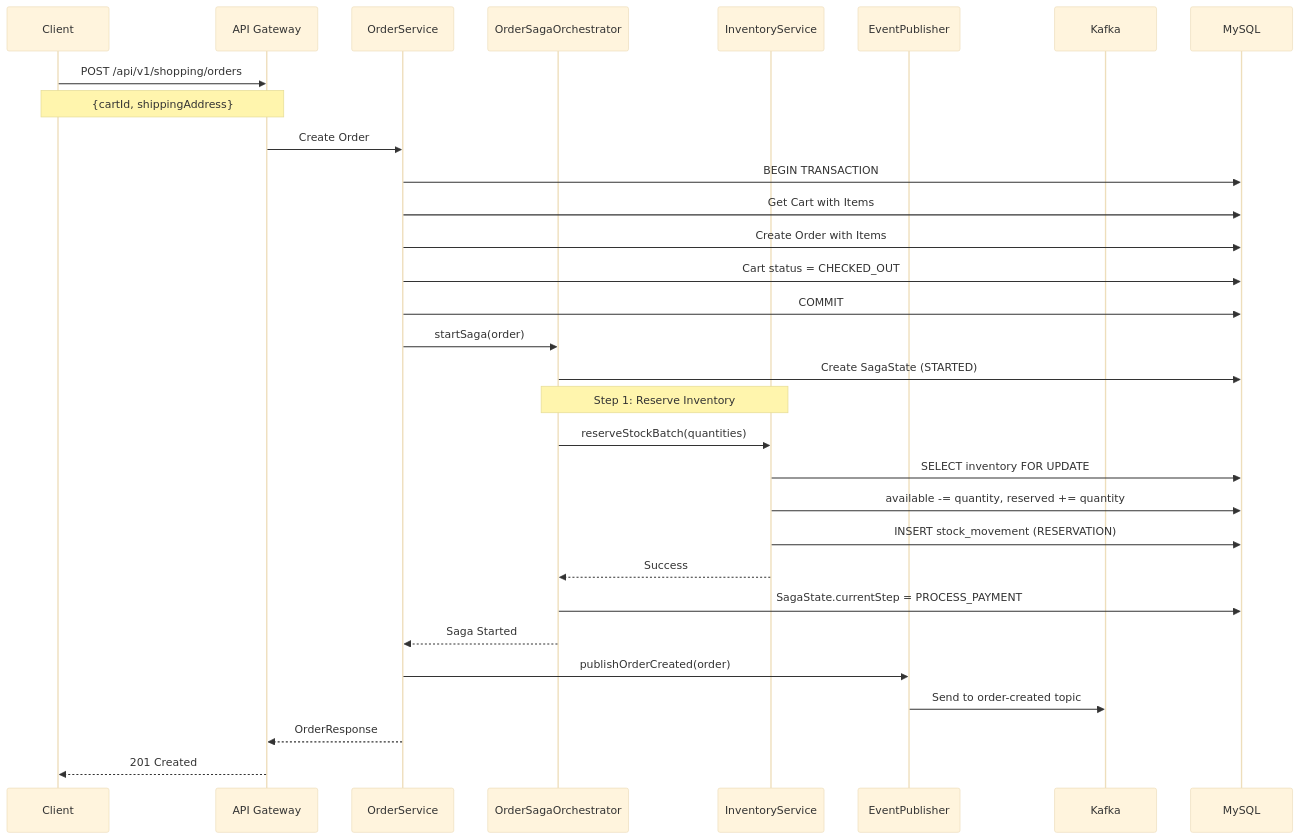
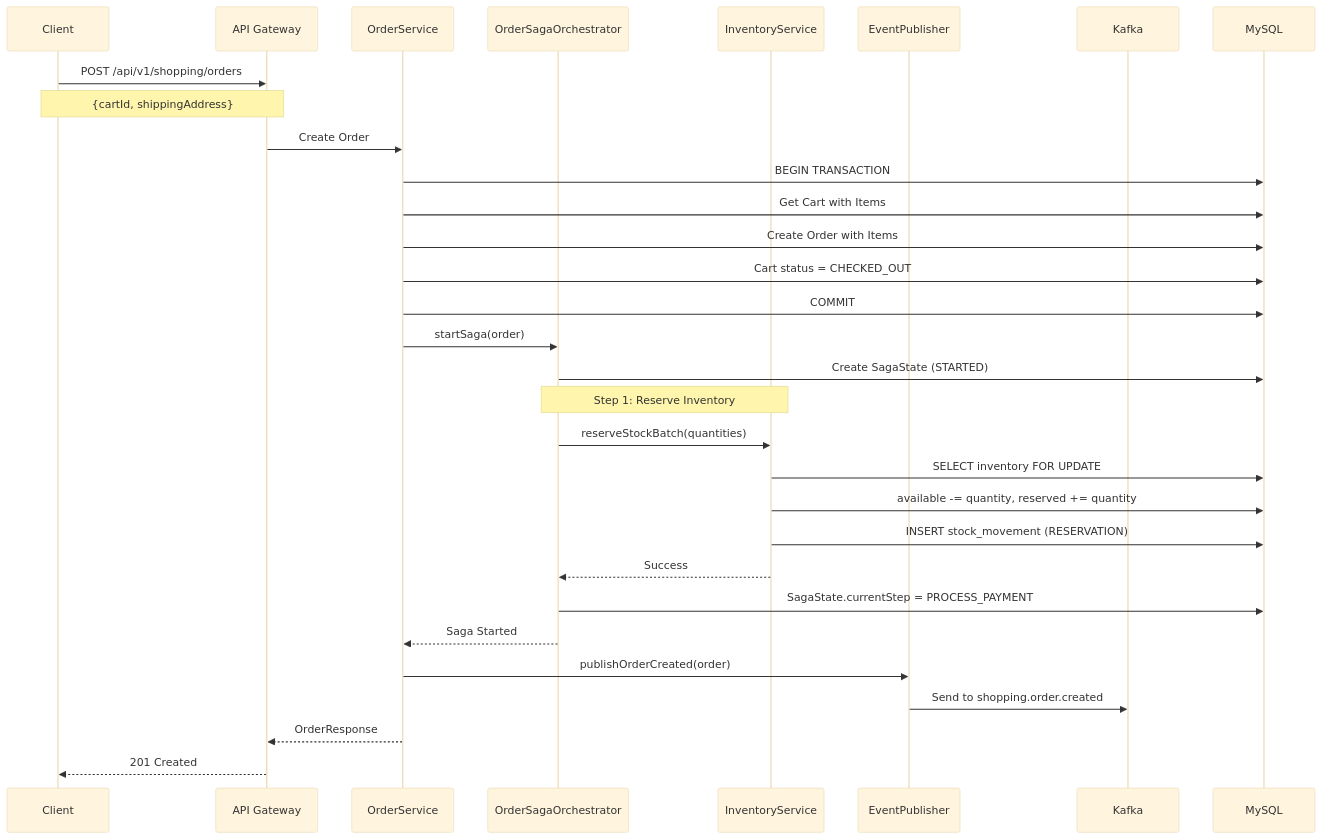
Before and after one commit to L-a-z-e/portal-universe: the third of 13 diagrams in docs/architecture/shopping-service/data-flow.md, drawn with Mermaid (base theme). The commit also changed other lines of this file and 11 other files, not shown here.

First line of the commit message:
docs(architecture): rewrite shopping-service docs to match actual codebase

````diff
--- a/docs/architecture/shopping-service/data-flow.md
+++ b/docs/architecture/shopping-service/data-flow.md
@@ -92,39 +97,38 @@
 ```mermaid
 sequenceDiagram
     participant C as Client
     participant G as API Gateway
     participant OS as OrderService
     participant SAGA as OrderSagaOrchestrator
     participant IS as InventoryService
     participant EP as EventPublisher
     participant K as Kafka
     participant DB as MySQL
 
     C->>G: POST /api/v1/shopping/orders
     Note over C,G: {cartId, shippingAddress}
     G->>OS: Create Order
     OS->>DB: BEGIN TRANSACTION
     OS->>DB: Get Cart with Items
     OS->>DB: Create Order with Items
     OS->>DB: Cart status = CHECKED_OUT
     OS->>DB: COMMIT
 
     OS->>SAGA: startSaga(order)
     SAGA->>DB: Create SagaState (STARTED)
 
     Note over SAGA,IS: Step 1: Reserve Inventory
     SAGA->>IS: reserveStockBatch(quantities)
     IS->>DB: SELECT inventory FOR UPDATE
     IS->>DB: available -= quantity, reserved += quantity
     IS->>DB: INSERT stock_movement (RESERVATION)
     IS-->>SAGA: Success
 
     SAGA->>DB: SagaState.currentStep = PROCESS_PAYMENT
     SAGA-->>OS: Saga Started
 
     OS->>EP: publishOrderCreated(order)
-    EP->>K: Send to order-created topic
-
+    EP->>K: Send to shopping.order.created
     OS-->>G: OrderResponse
     G-->>C: 201 Created
 ```
````
